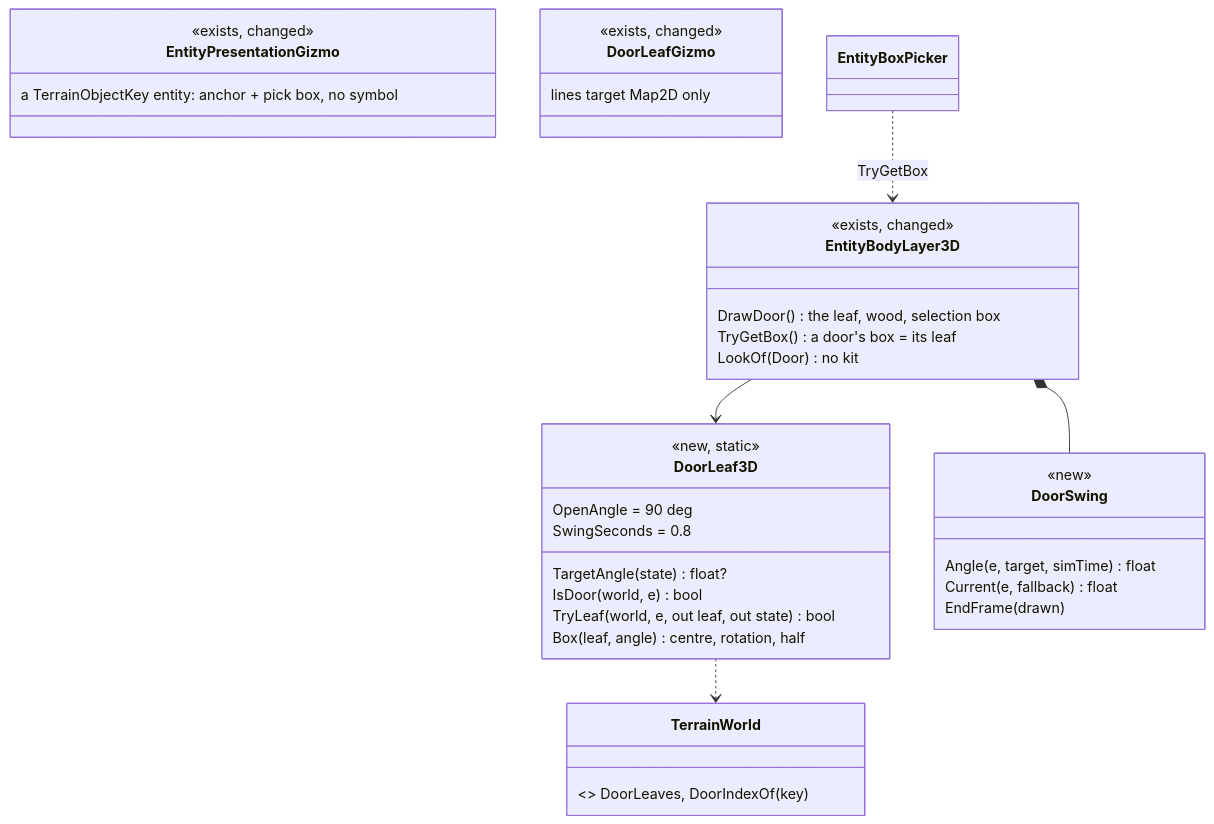
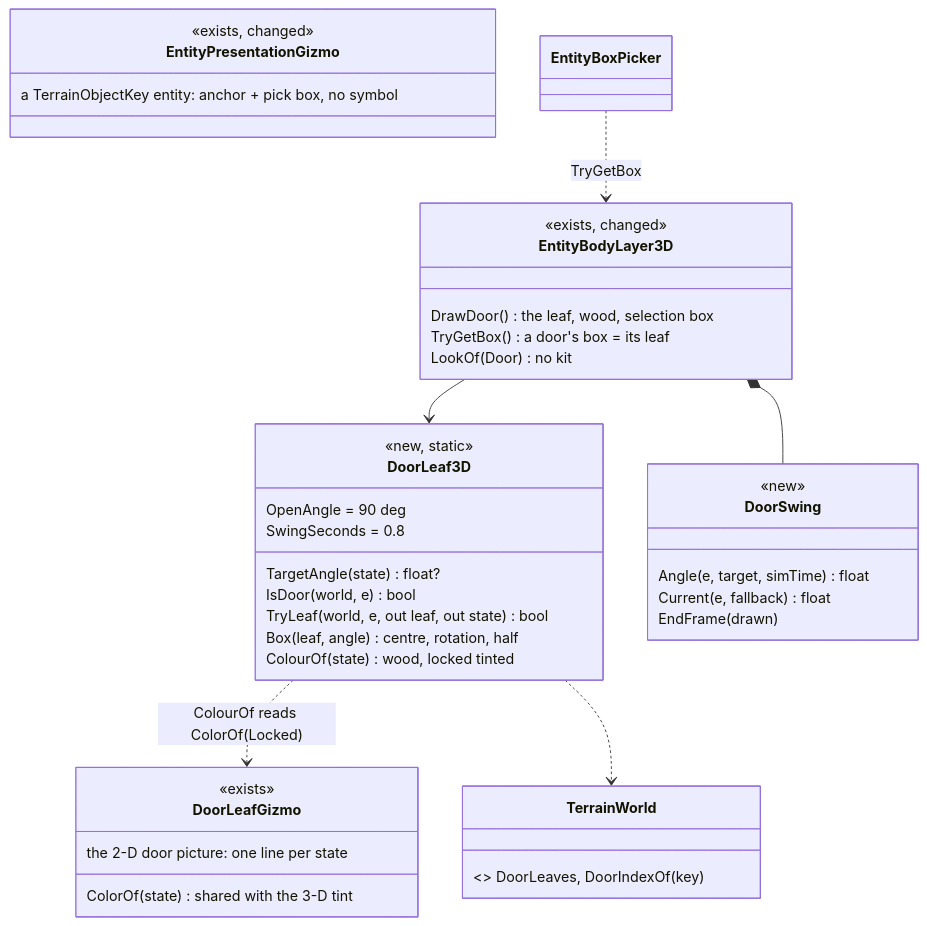
Diagram 21 of 22 in docs/DESIGN_Map_3D_Mode.md (pjanec/HROT), drawn with Mermaid before and after one commit. The commit also changed other lines of this file and 7 other files, not shown here.

First line of the commit message:
CE-1069 (WIP): pin the 2-D door picture per state; tint a locked door in 3-D; correct CE-1068's no-op 2-D-only retarget

````diff
--- a/docs/DESIGN_Map_3D_Mode.md
+++ b/docs/DESIGN_Map_3D_Mode.md
@@ -1286,37 +1286,40 @@
 ```mermaid
 classDiagram
   class DoorLeaf3D {
     <<new, static>>
     OpenAngle = 90 deg
     SwingSeconds = 0.8
     TargetAngle(state) float?
     IsDoor(world, e) bool
     TryLeaf(world, e, out leaf, out state) bool
     Box(leaf, angle) centre, rotation, half
+    ColourOf(state) wood, locked tinted
   }
   class DoorSwing {
     <<new>>
     Angle(e, target, simTime) float
     Current(e, fallback) float
     EndFrame(drawn)
   }
   class EntityBodyLayer3D {
     <<exists, changed>>
     DrawDoor() the leaf, wood, selection box
     TryGetBox() a door's box = its leaf
     LookOf(Door) no kit
   }
   class EntityPresentationGizmo {
     <<exists, changed>>
     a TerrainObjectKey entity: anchor + pick box, no symbol
   }
   class DoorLeafGizmo {
-    <<exists, changed>>
-    lines target Map2D only
+    <<exists>>
+    the 2-D door picture: one line per state
+    ColorOf(state) shared with the 3-D tint
   }
+  DoorLeaf3D ..> DoorLeafGizmo : ColourOf reads ColorOf(Locked)
   class TerrainWorld { <<exists>> DoorLeaves, DoorIndexOf(key) }
   EntityBodyLayer3D --> DoorLeaf3D
   EntityBodyLayer3D *-- DoorSwing
   DoorLeaf3D ..> TerrainWorld
   EntityBoxPicker ..> EntityBodyLayer3D : TryGetBox
 ```
````
